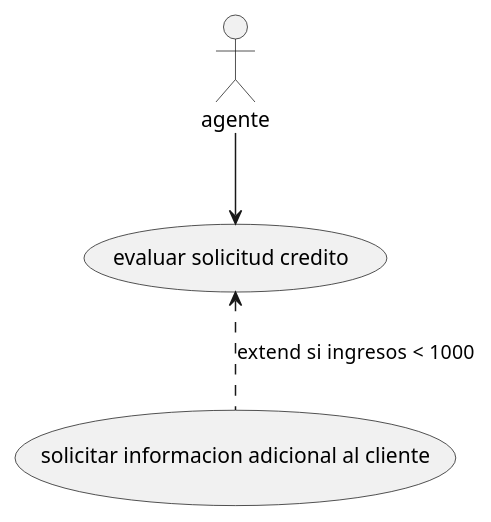
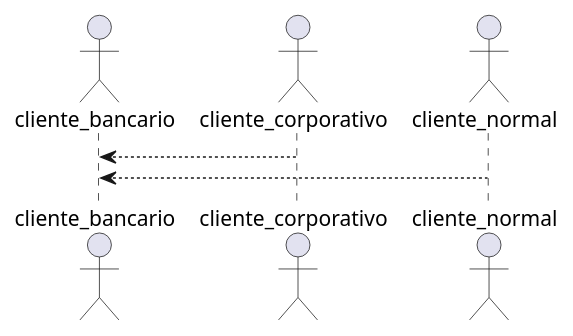
Before and after one commit to jorgealll/umlvideo: the diagram in src/video.puml, drawn with PlantUML.

Commit message:
herencia

```diff
--- a/src/video.puml
+++ b/src/video.puml
@@ -1,8 +1,11 @@
 @startuml
 'https://plantuml.com/sequence-diagram
 
-actor agente
-agente --> (evaluar solicitud credito)
-(evaluar solicitud credito)  <.. (solicitar informacion adicional al cliente) : extend si ingresos  < 1000
+actor cliente_bancario
+actor cliente_corporativo as c2
+actor cliente_normal as c1
+
+cliente_bancario <-- c2
+cliente_bancario <-- c1
 
 @enduml
```
